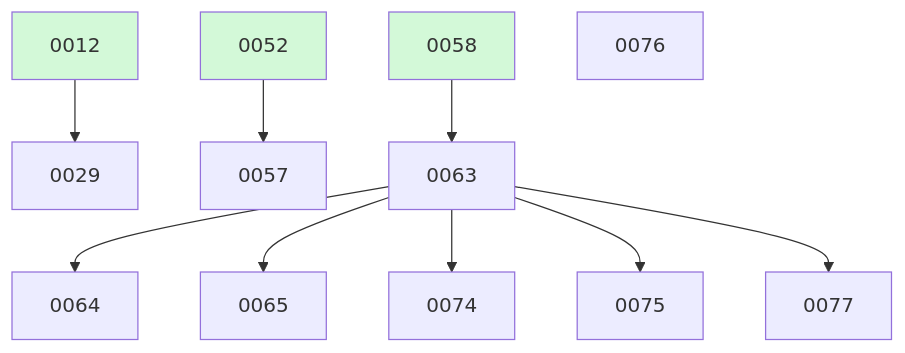
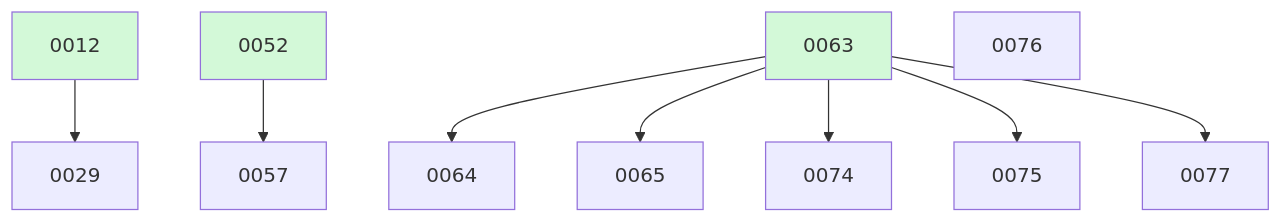
One commit to ethanhinson/fuse changed the diagram in docs/changes/BOARD.md. Above: the diagram before and after it, drawn with Mermaid. The commit also changed other lines of this file, not shown here.

````diff
--- a/docs/changes/BOARD.md
+++ b/docs/changes/BOARD.md
@@ -29,16 +23,15 @@
 ```mermaid
 graph TD
   0012 --> 0029
   0052 --> 0057
-  0058 --> 0063
   0063 --> 0064
   0063 --> 0065
   0063 --> 0074
   0063 --> 0075
   0076
   0063 --> 0077
   0012:::done
   0052:::done
-  0058:::done
+  0063:::done
   classDef done fill:#d3f9d8;
 ```
````
